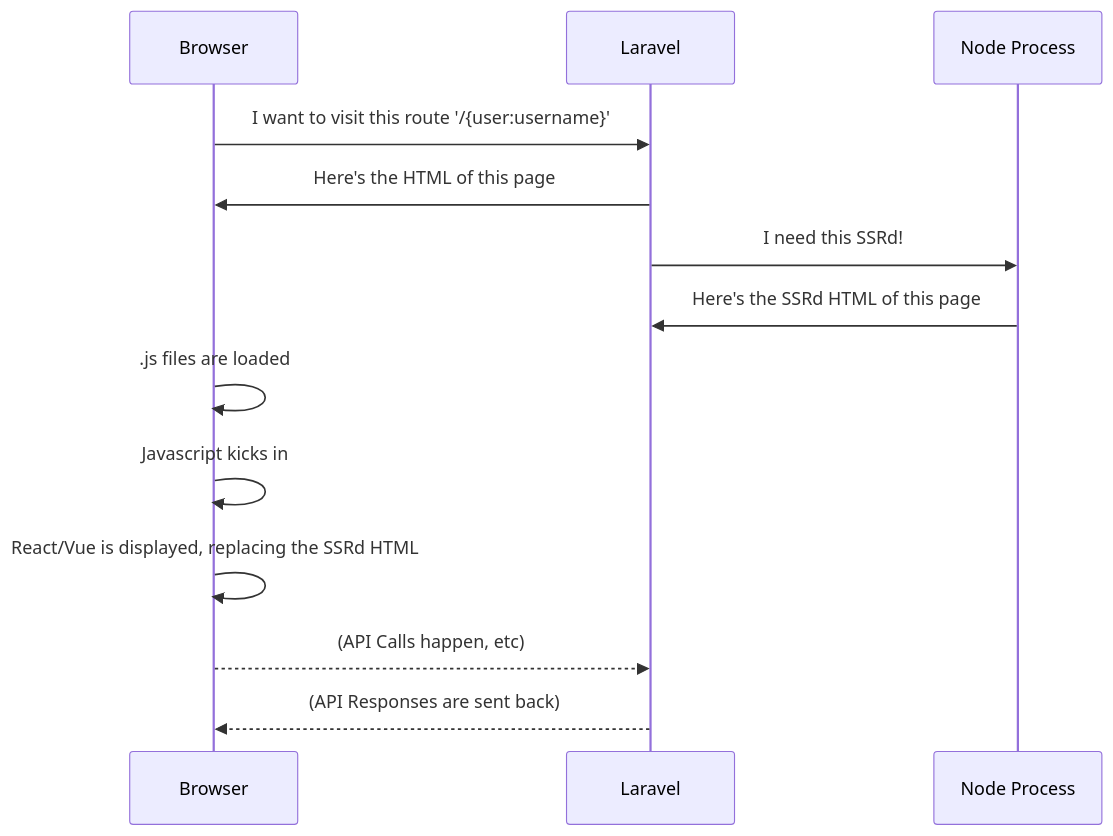
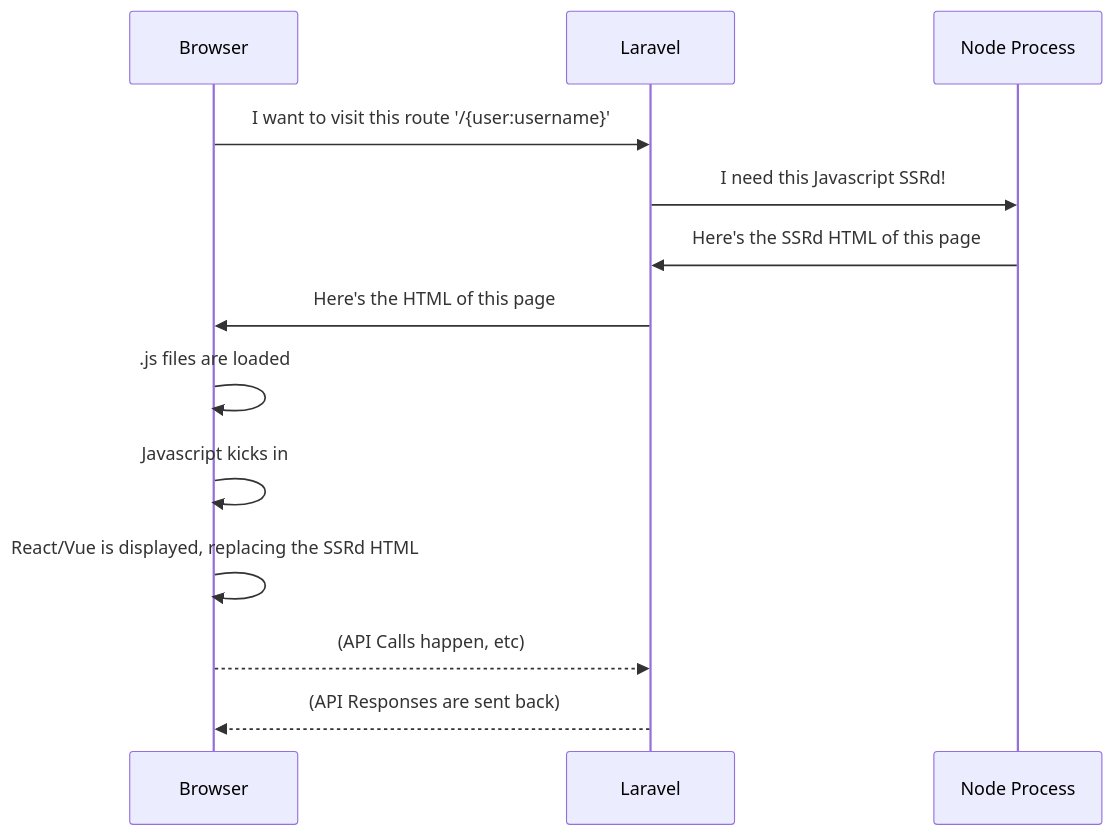
Before and after one commit to ArthurYdalgo/laravext: the diagram in docs/images/network-diagrams/first-visit-with-js-runtime-ssr.md, drawn with Mermaid. The commit also changed 7 other files, not shown here.

````diff
--- a/docs/images/network-diagrams/first-visit-with-js-runtime-ssr.md
+++ b/docs/images/network-diagrams/first-visit-with-js-runtime-ssr.md
@@ -1,15 +1,16 @@
 ```mermaid
 sequenceDiagram
     Browser->>Laravel: I want to visit this route '/{user:username}'
+
+    Laravel->>Node Process: I need this Javascript SSRd!
+    Node Process->>Laravel: Here's the SSRd HTML of this page
+
     Laravel->>Browser: Here's the HTML of this page
-
-    Laravel->>Node Process: I need this SSRd!
-    Node Process->>Laravel: Here's the SSRd HTML of this page
 
     Browser->>Browser: .js files are loaded
     Browser->>Browser: Javascript kicks in
     Browser->>Browser: React/Vue is displayed, replacing the SSRd HTML
 
     Browser-->>Laravel: (API Calls happen, etc)
     Laravel-->>Browser: (API Responses are sent back)
 ```
````
